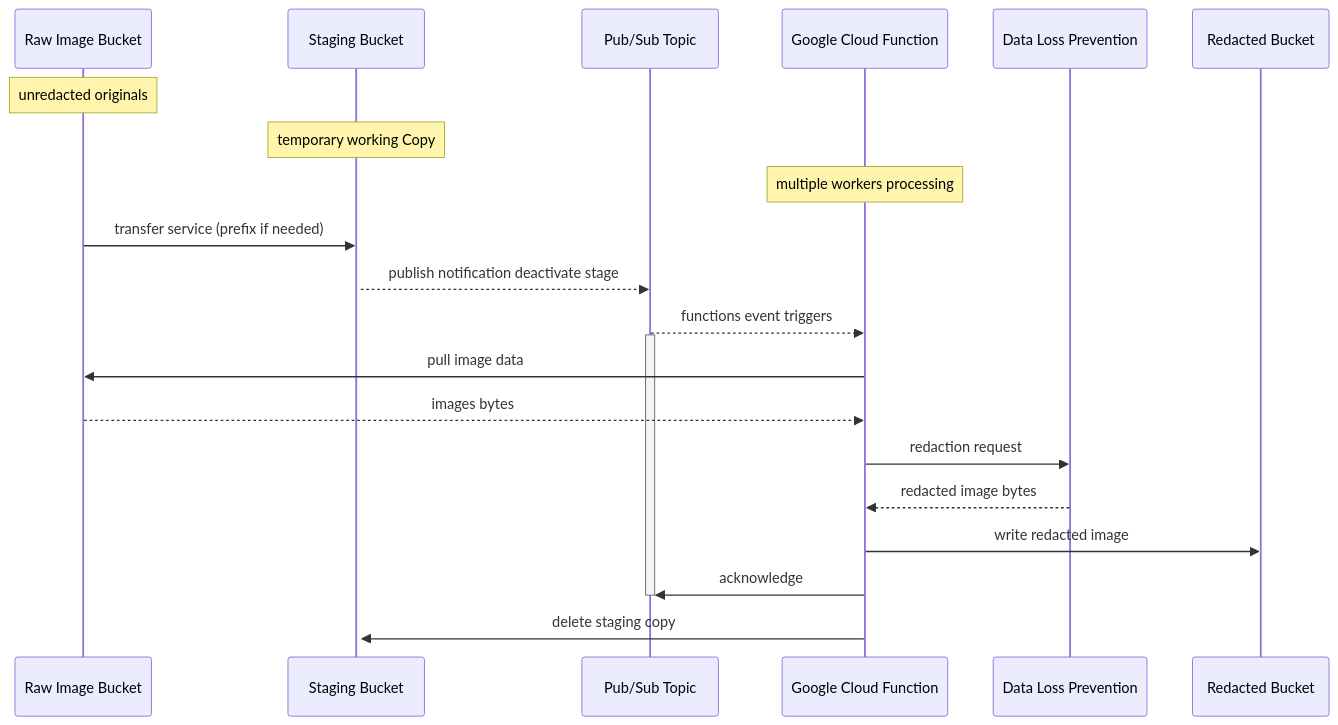
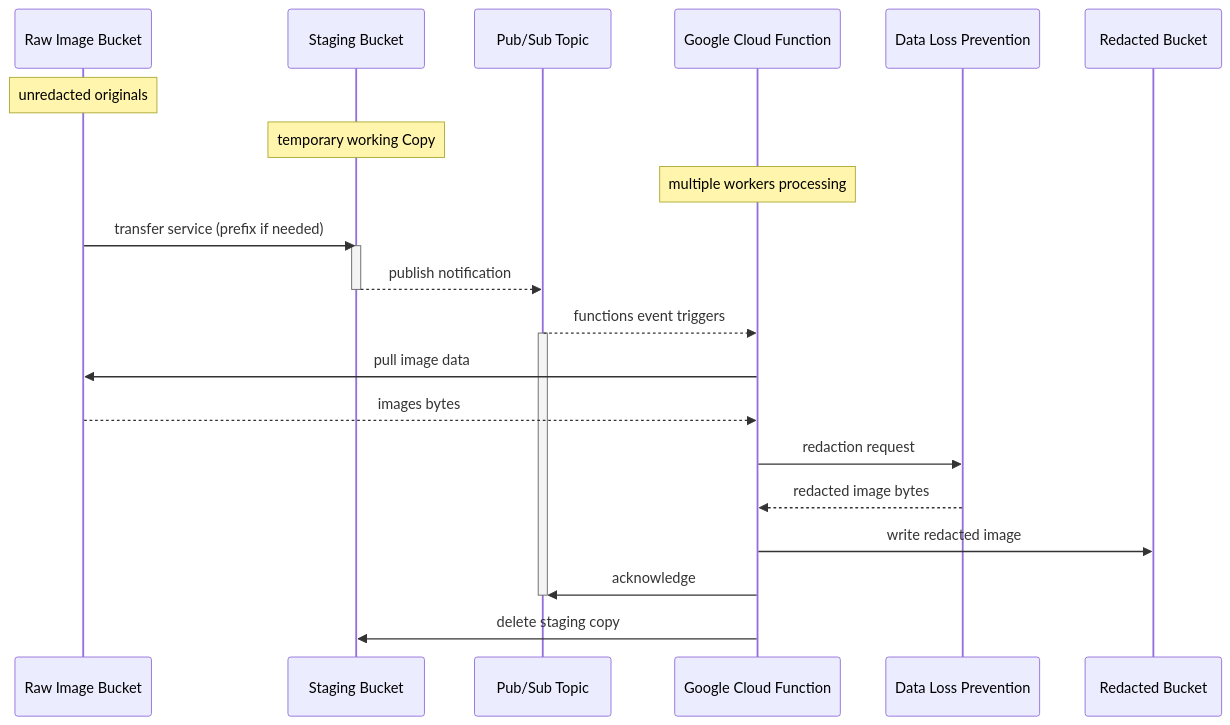
One commit to ecrane314/ce-demo changed the diagram in dlp/redaction.md. Above: the diagram before and after it, drawn with Mermaid.

Commit message:
TODO: Ack the pull?

````diff
--- a/dlp/redaction.md
+++ b/dlp/redaction.md
@@ -1,31 +1,33 @@
 ```mermaid
 sequenceDiagram
     participant src as Raw Image Bucket
         Note over src: unredacted originals
     participant stage as Staging Bucket
         Note over stage: temporary working Copy
     participant topic as Pub/Sub Topic
     participant gcf as Google Cloud Function
         Note over gcf: multiple workers processing
     participant dlp as Data Loss Prevention
     participant db as Redacted Bucket
 
     src ->> stage: transfer service (prefix if needed)
     activate stage
-    stage -->> topic: publish notification    deactivate stage
-    %%
+    stage -->> topic: publish notification
+    deactivate stage
+    
+    %% Is event a pull that needs ack?
     topic -->> gcf: functions event triggers
+    
     %%gcf ->> topic: pull event
-    
     activate topic
     %%topic -->> gcf: image GCS Details
     gcf ->> src: pull image data
     src -->> gcf: images bytes
     gcf ->> dlp: redaction request
     dlp -->> gcf: redacted image bytes
     gcf ->> db: write redacted image
     gcf ->> topic: acknowledge
     deactivate topic
 
     gcf ->> stage: delete staging copy
 ```
````
